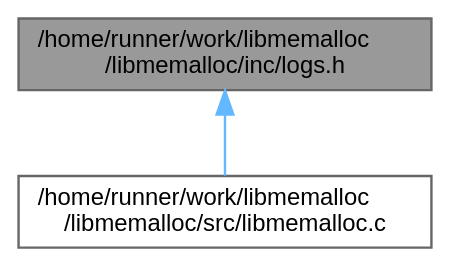
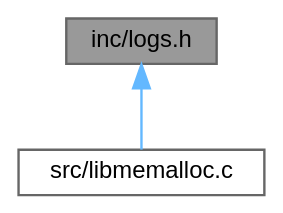
One commit to RafaelVVolkmer/libmemalloc changed the diagram in logs_8h__dep__incl.dot. Above: the diagram before and after it, drawn with Graphviz. The commit also changed 89 other files, not shown here.

```diff
--- a/logs_8h__dep__incl.dot
+++ b/logs_8h__dep__incl.dot
@@ -1,10 +1,10 @@
-digraph "/home/runner/work/libmemalloc/libmemalloc/inc/logs.h"
+digraph "inc/logs.h"
 {
  // LATEX_PDF_SIZE
   bgcolor="transparent";
   edge [fontname=Helvetica,fontsize=10,labelfontname=Helvetica,labelfontsize=10];
   node [fontname=Helvetica,fontsize=10,shape=box,height=0.2,width=0.4];
-  Node1 [id="Node000001",label="/home/runner/work/libmemalloc\l/libmemalloc/inc/logs.h",height=0.2,width=0.4,color="gray40", fillcolor="grey60", style="filled", fontcolor="black",tooltip="Logging macros and configuration for libmemalloc."];
+  Node1 [id="Node000001",label="inc/logs.h",height=0.2,width=0.4,color="gray40", fillcolor="grey60", style="filled", fontcolor="black",tooltip="Logging macros and configuration for libmemalloc."];
   Node1 -> Node2 [id="edge1_Node000001_Node000002",dir="back",color="steelblue1",style="solid",tooltip=" "];
-  Node2 [id="Node000002",label="/home/runner/work/libmemalloc\l/libmemalloc/src/libmemalloc.c",height=0.2,width=0.4,color="grey40", fillcolor="white", style="filled",URL="$libmemalloc_8c.html",tooltip="Core memory management components for libmemalloc."];
+  Node2 [id="Node000002",label="src/libmemalloc.c",height=0.2,width=0.4,color="grey40", fillcolor="white", style="filled",URL="$libmemalloc_8c.html",tooltip="Core memory management components for libmemalloc."];
 }
```
